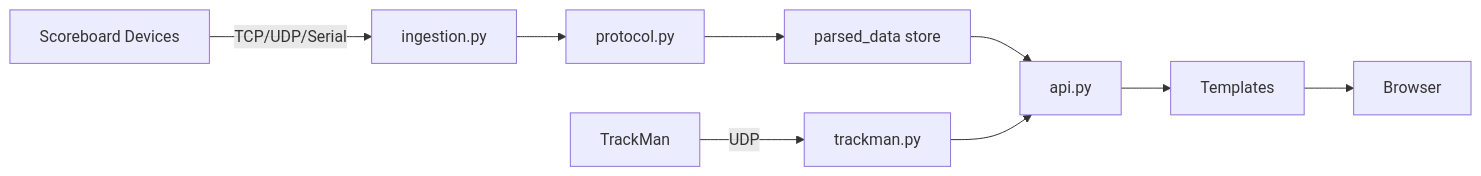
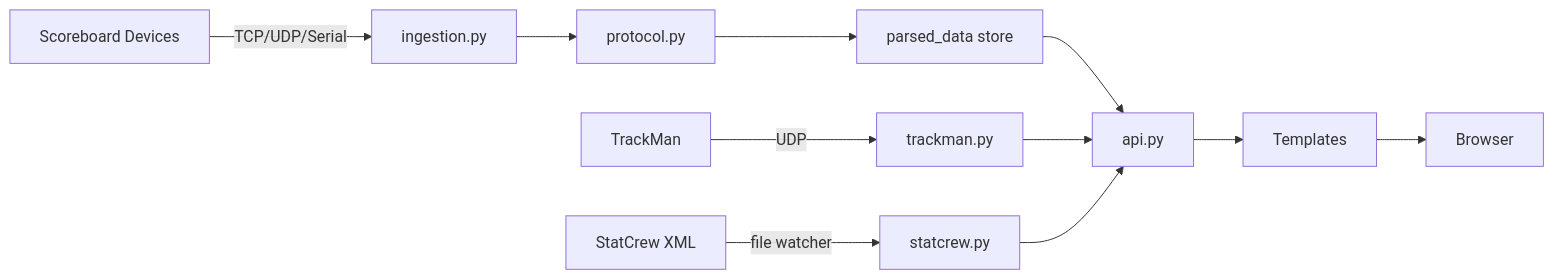
Before and after one commit to furrymayo/unc-virtual-score-server: the diagram in docs/Project.md, drawn with Mermaid. The commit also changed other lines of this file, not shown here.

````diff
--- a/docs/Project.md
+++ b/docs/Project.md
@@ -49,11 +64,13 @@
 ```mermaid
 flowchart LR
   A[Scoreboard Devices] -->|TCP/UDP/Serial| B[ingestion.py]
   B --> C[protocol.py]
   C --> D[parsed_data store]
   E[TrackMan] -->|UDP| F[trackman.py]
-  D --> G[api.py]
-  F --> G
-  G --> H[Templates]
-  H --> I[Browser]
+  G[StatCrew XML] -->|file watcher| H[statcrew.py]
+  D --> I[api.py]
+  F --> I
+  H --> I
+  I --> J[Templates]
+  J --> K[Browser]
 ```
````
